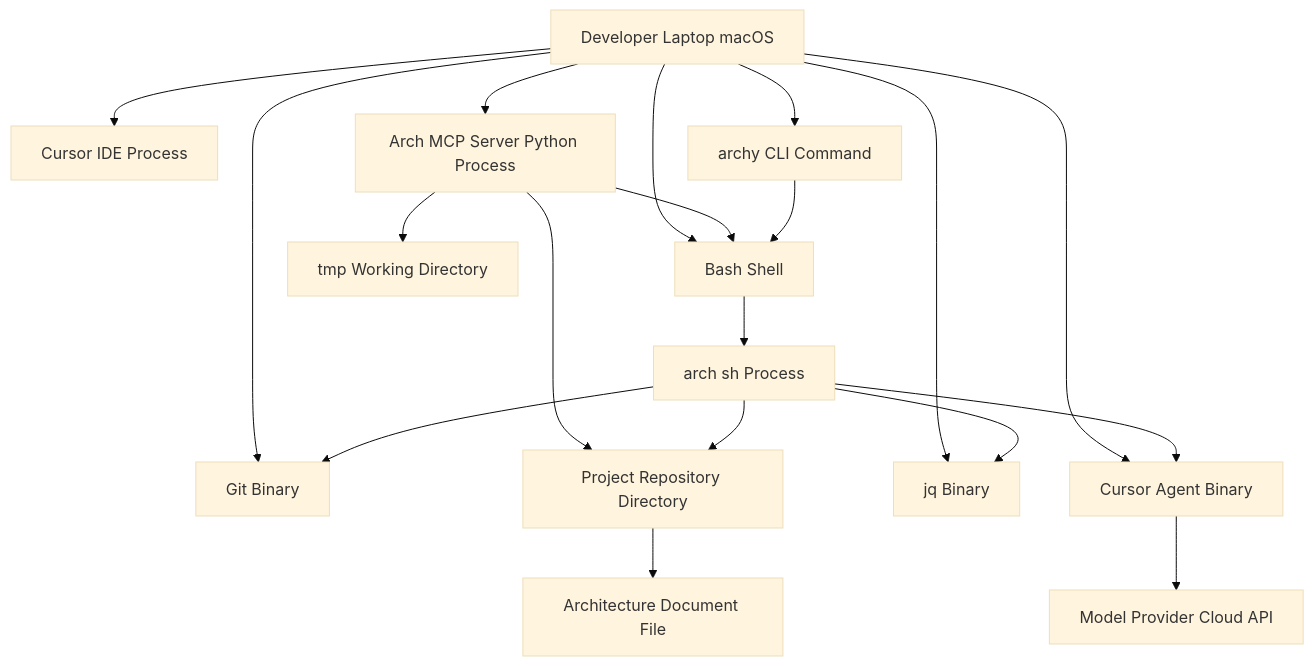
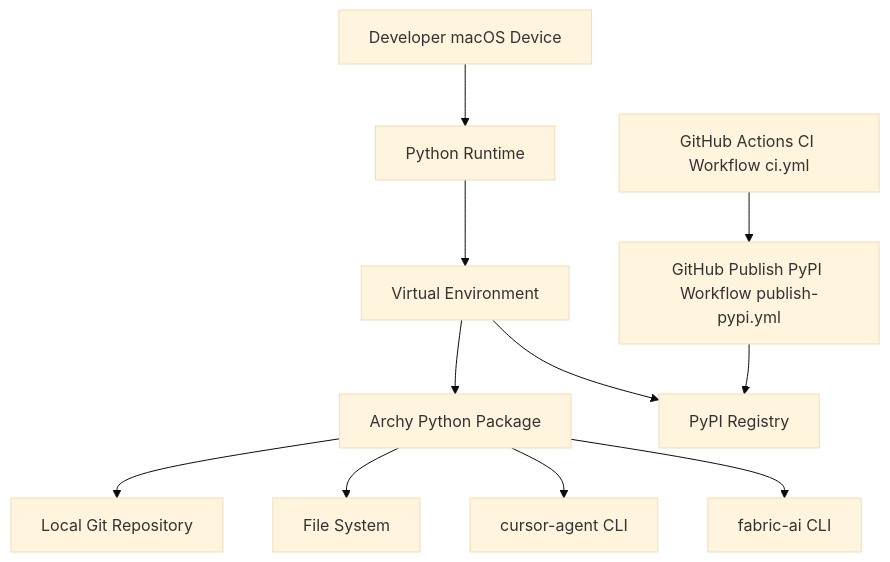
Before and after one commit to obzenner/archy: the third of 3 diagrams in arch.md, drawn with Mermaid (base theme). The commit also changed other lines of this file, not shown here.

Commit message:
chore: update arch

````diff
--- a/arch.md
+++ b/arch.md
@@ -165,35 +132,27 @@
 ```mermaid
 flowchart TB
-    Dev_Machine[Developer Laptop macOS]
-    Cursor_IDE_Process[Cursor IDE Process]
-    MCP_Server_Process[Arch MCP Server Python Process]
-    Archy_Command[archy CLI Command]
-    Arch_Orchestrator_Process[arch sh Process]
-    Git_Binary[Git Binary]
-    Cursor_Agent_Binary[Cursor Agent Binary]
-    jq_Binary[jq Binary]
-    Bash_Shell[Bash Shell]
-    Repo_Directory[Project Repository Directory]
-    Tmp_Directory[tmp Working Directory]
-    Arch_File[Architecture Document File]
-    Cloud_Model_API[Model Provider Cloud API]
+    Developer_Mac[Developer macOS Device]
+    Python_Runtime[Python Runtime]
+    Virtual_Env[Virtual Environment]
+    Archy_Package[Archy Python Package]
+    CursorAgent_CLI[cursor-agent CLI]
+    FabricAI_CLI[fabric-ai CLI]
+    Local_Git_Repo[Local Git Repository]
+    File_System[File System]
+    GitHub_Actions_CI[GitHub Actions CI Workflow ci.yml]
+    Publish_PyPI_Workflow[GitHub Publish PyPI Workflow publish-pypi.yml]
+    PyPI_Registry[PyPI Registry]
 
-    Dev_Machine --> Cursor_IDE_Process
-    Dev_Machine --> MCP_Server_Process
-    Dev_Machine --> Archy_Command
-    Dev_Machine --> Git_Binary
-    Dev_Machine --> Cursor_Agent_Binary
-    Dev_Machine --> jq_Binary
-    Dev_Machine --> Bash_Shell
-    MCP_Server_Process --> Repo_Directory
-    MCP_Server_Process --> Tmp_Directory
-    MCP_Server_Process --> Bash_Shell
-    Archy_Command --> Bash_Shell
-    Bash_Shell --> Arch_Orchestrator_Process
-    Arch_Orchestrator_Process --> Git_Binary
-    Arch_Orchestrator_Process --> Cursor_Agent_Binary
-    Arch_Orchestrator_Process --> jq_Binary
-    Arch_Orchestrator_Process --> Repo_Directory
-    Repo_Directory --> Arch_File
-    Cursor_Agent_Binary --> Cloud_Model_API
+    Developer_Mac --> Python_Runtime
+    Python_Runtime --> Virtual_Env
+    Virtual_Env --> Archy_Package
+    Archy_Package --> Local_Git_Repo
+    Archy_Package --> File_System
+    Archy_Package --> CursorAgent_CLI
+    Archy_Package --> FabricAI_CLI
+
+    GitHub_Actions_CI --> Publish_PyPI_Workflow
+    Publish_PyPI_Workflow --> PyPI_Registry
+
+    Virtual_Env --> PyPI_Registry
 ```
````
